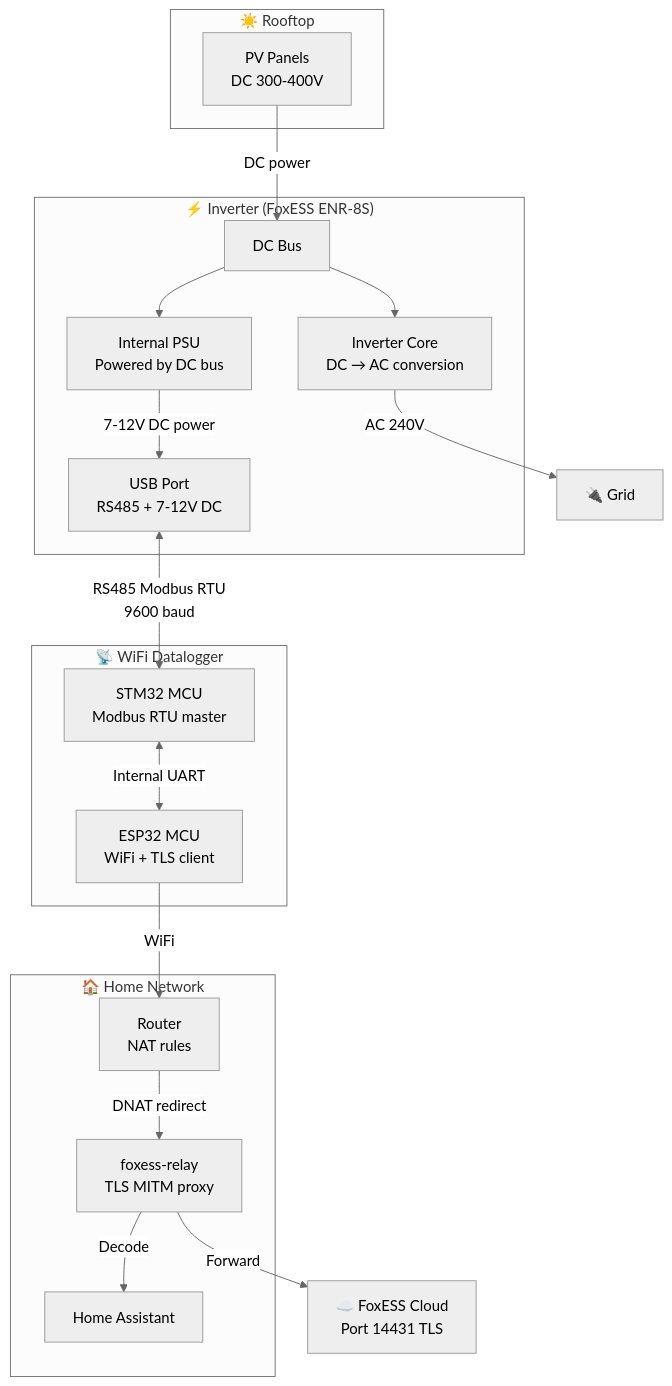
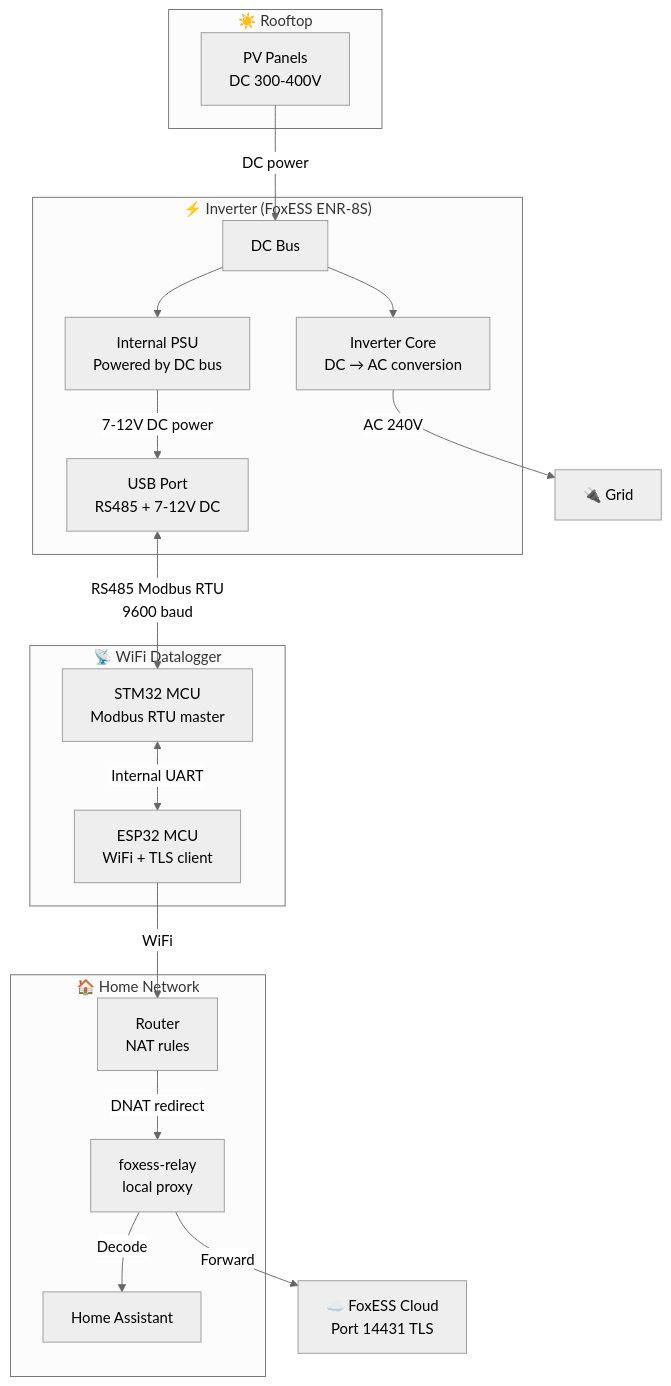
Before and after one commit to teh-hippo/foxess-local: the diagram in README.md, drawn with Mermaid (neutral theme). The commit also changed 6 other files, not shown here.

````diff
--- a/README.md
+++ b/README.md
@@ -10,38 +10,38 @@
 ```mermaid
 graph TB
     subgraph "☀️ Rooftop"
         panels["PV Panels<br/>DC 300-400V"]
     end
 
     subgraph "⚡ Inverter (FoxESS ENR-8S)"
         dc_bus["DC Bus"]
         inverter_core["Inverter Core<br/>DC → AC conversion"]
         usb_port["USB Port<br/>RS485 + 7-12V DC"]
         psu["Internal PSU<br/>Powered by DC bus"]
     end
 
     subgraph "📡 WiFi Datalogger"
         stm32["STM32 MCU<br/>Modbus RTU master"]
         esp32["ESP32 MCU<br/>WiFi + TLS client"]
     end
 
     subgraph "🏠 Home Network"
         router["Router<br/>NAT rules"]
-        relay["foxess-relay<br/>TLS MITM proxy"]
+        relay["foxess-relay<br/>local proxy"]
         ha["Home Assistant"]
     end
 
     cloud["☁️ FoxESS Cloud<br/>Port 14431 TLS"]
 
     panels -->|"DC power"| dc_bus
     dc_bus --> inverter_core
     dc_bus --> psu
     psu -->|"7-12V DC power"| usb_port
     inverter_core -->|"AC 240V"| grid["🔌 Grid"]
     usb_port <-->|"RS485 Modbus RTU<br/>9600 baud"| stm32
     stm32 <-->|"Internal UART"| esp32
     esp32 -->|"WiFi"| router
     router -->|"DNAT redirect"| relay
     relay -->|"Forward"| cloud
     relay -->|"Decode"| ha
 ```
````
